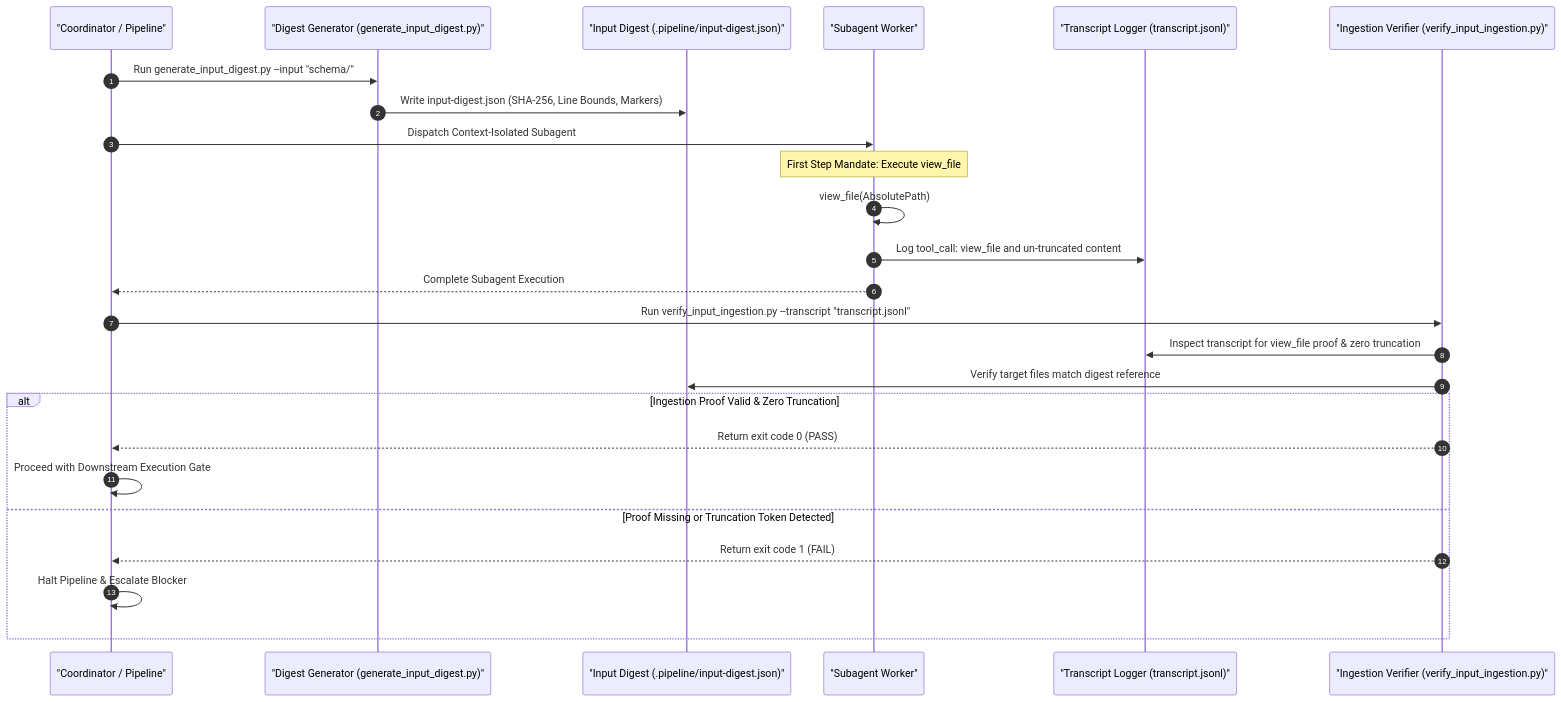
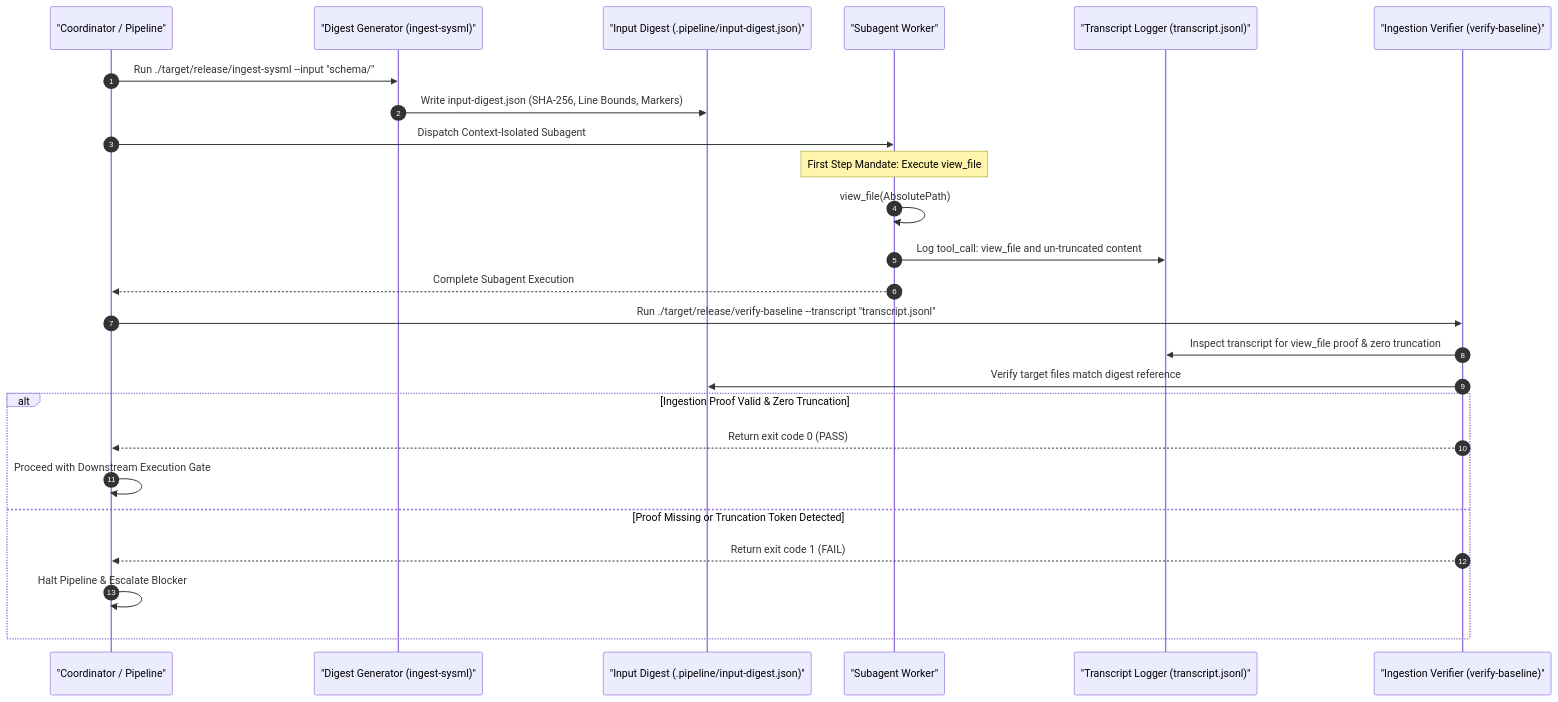
The diagram in docs/designs/input-validation-architecture-blueprint.md (gintatkinson/DEAP01-spec-core), drawn with Mermaid before and after one commit. The commit also changed other lines of this file and 162 other files, not shown here.

Commit message:
feat(verify-baseline,compile-sysml,ingest-sysml,deap-core): enforce Check 36 per-item 7-section docstring gate, Check 33 zero-Python content scanner, FEAT-42 source AST ingestion and docstring synthesizer, and 12-check defect dossier validator (refs #465, #466, #467, #468, #469)

````diff
--- a/docs/designs/input-validation-architecture-blueprint.md
+++ b/docs/designs/input-validation-architecture-blueprint.md
@@ -47,28 +47,28 @@
 ```mermaid
 sequenceDiagram
     autonumber
     participant C as "Coordinator / Pipeline"
-    participant DG as "Digest Generator (generate_input_digest.py)"
+    participant DG as "Digest Generator (ingest-sysml)"
     participant D as "Input Digest (.pipeline/input-digest.json)"
     participant S as "Subagent Worker"
     participant T as "Transcript Logger (transcript.jsonl)"
-    participant V as "Ingestion Verifier (verify_input_ingestion.py)"
+    participant V as "Ingestion Verifier (verify-baseline)"
 
-    C->>DG: Run generate_input_digest.py --input "schema/"
+    C->>DG: Run ./target/release/ingest-sysml --input "schema/"
     DG->>D: Write input-digest.json (SHA-256, Line Bounds, Markers)
     C->>S: Dispatch Context-Isolated Subagent
     Note over S: First Step Mandate: Execute view_file
     S->>S: view_file(AbsolutePath)
     S->>T: Log tool_call: view_file and un-truncated content
     S-->>C: Complete Subagent Execution
-    C->>V: Run verify_input_ingestion.py --transcript "transcript.jsonl"
+    C->>V: Run ./target/release/verify-baseline --transcript "transcript.jsonl"
     V->>T: Inspect transcript for view_file proof & zero truncation
     V->>D: Verify target files match digest reference
     alt Ingestion Proof Valid & Zero Truncation
         V-->>C: Return exit code 0 (PASS)
         C->>C: Proceed with Downstream Execution Gate
     else Proof Missing or Truncation Token Detected
         V-->>C: Return exit code 1 (FAIL)
         C->>C: Halt Pipeline & Escalate Blocker
     end
 ```
````
